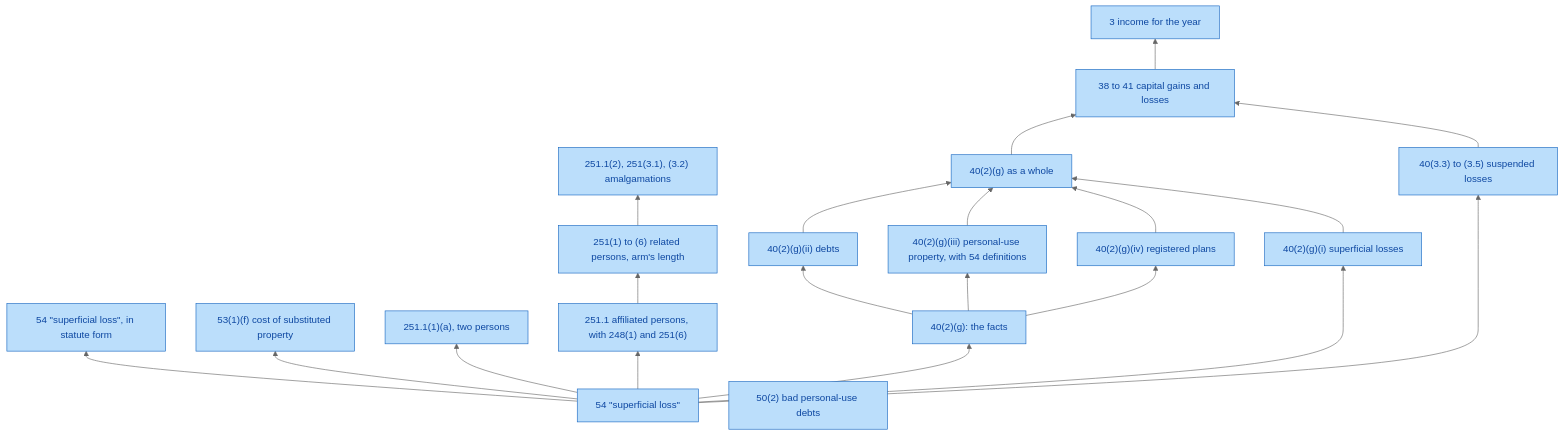
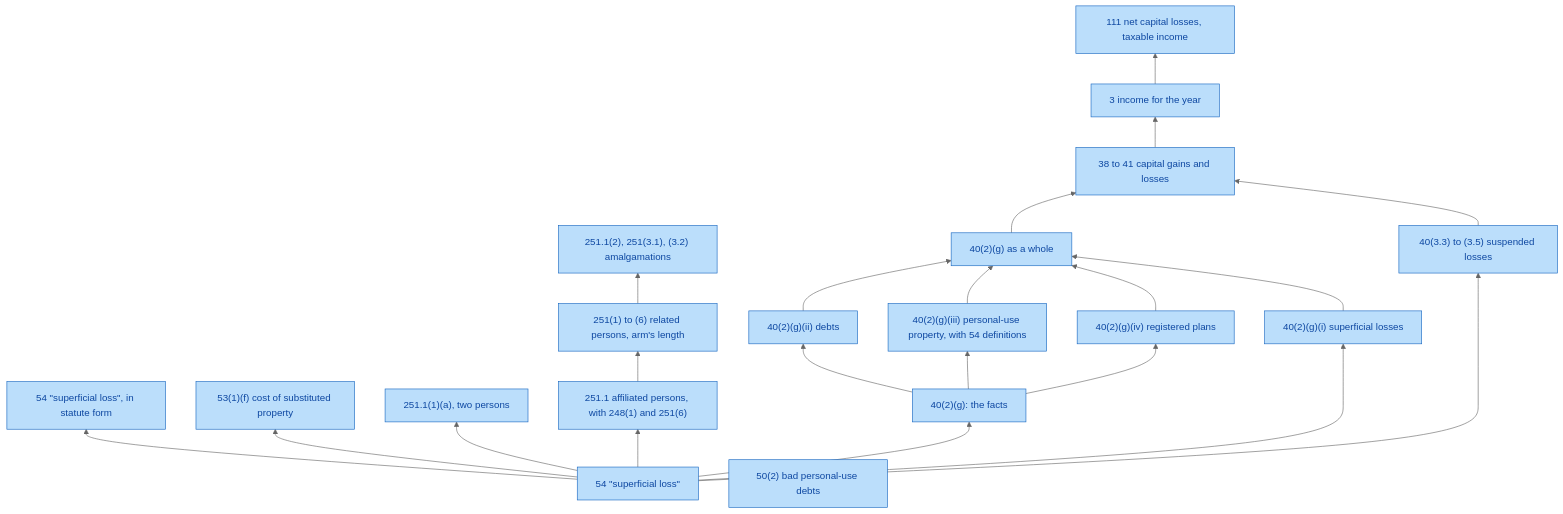
The diagram in docs/graphs/provisions.md (SeanWMurray/Canteen), drawn with Mermaid (neutral theme) before and after one commit. The commit also changed 17 other files, not shown here.

First line of the commit message:
Encode net capital losses and taxable income: 111(8), (1)(b), (1.1)

````diff
--- a/docs/graphs/provisions.md
+++ b/docs/graphs/provisions.md
@@ -7,40 +7,42 @@
 ```mermaid
 flowchart BT
   v0["54 #quot;superficial loss#quot;"]:::prov
   v1["40(2)(g)(i) superficial losses"]:::prov
   v2["54 #quot;superficial loss#quot;, in statute form"]:::prov
   v3["53(1)(f) cost of substituted property"]:::prov
   v4["251.1(1)(a), two persons"]:::prov
   v5["251.1 affiliated persons, with 248(1) and 251(6)"]:::prov
   v6["251(1) to (6) related persons, arm's length"]:::prov
   v7["251.1(2), 251(3.1), (3.2) amalgamations"]:::prov
   v8["40(2)(g): the facts"]:::prov
   v9["40(2)(g)(ii) debts"]:::prov
   v10["40(2)(g)(iii) personal-use property, with 54 definitions"]:::prov
   v11["40(2)(g)(iv) registered plans"]:::prov
   v12["40(2)(g) as a whole"]:::prov
   v13["40(3.3) to (3.5) suspended losses"]:::prov
   v14["38 to 41 capital gains and losses"]:::prov
   v15["3 income for the year"]:::prov
-  v16["50(2) bad personal-use debts"]:::prov
+  v16["111 net capital losses, taxable income"]:::prov
+  v17["50(2) bad personal-use debts"]:::prov
   v0 --> v1
   v0 --> v2
   v0 --> v3
   v0 --> v4
   v0 --> v5
   v5 --> v6
   v6 --> v7
   v0 --> v8
   v8 --> v9
   v8 --> v10
   v8 --> v11
   v9 --> v12
   v10 --> v12
   v11 --> v12
   v1 --> v12
   v0 --> v13
   v12 --> v14
   v13 --> v14
   v14 --> v15
+  v15 --> v16
   classDef prov fill:#bbdefb,stroke:#1565c0,color:#0d47a1
 ```
````
